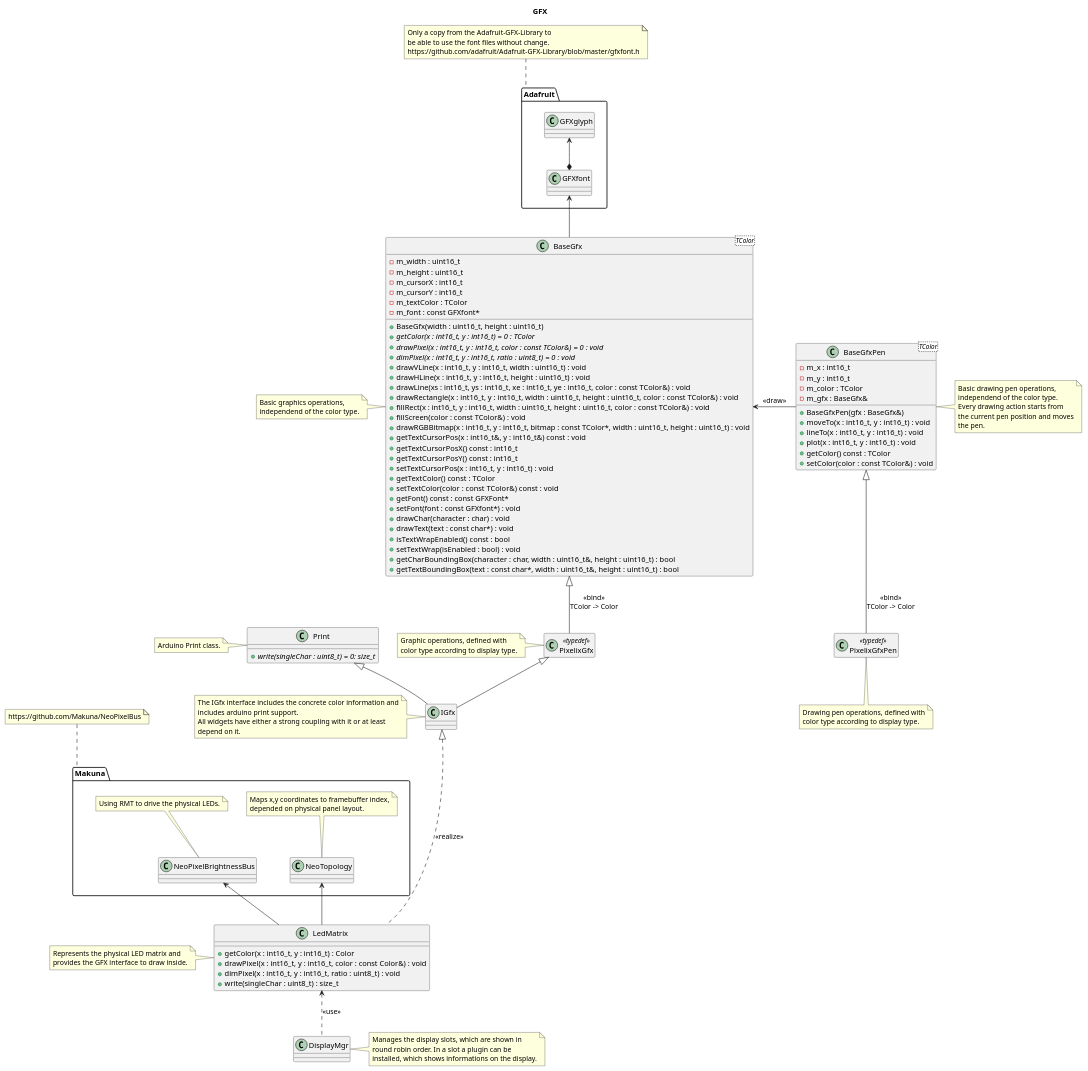
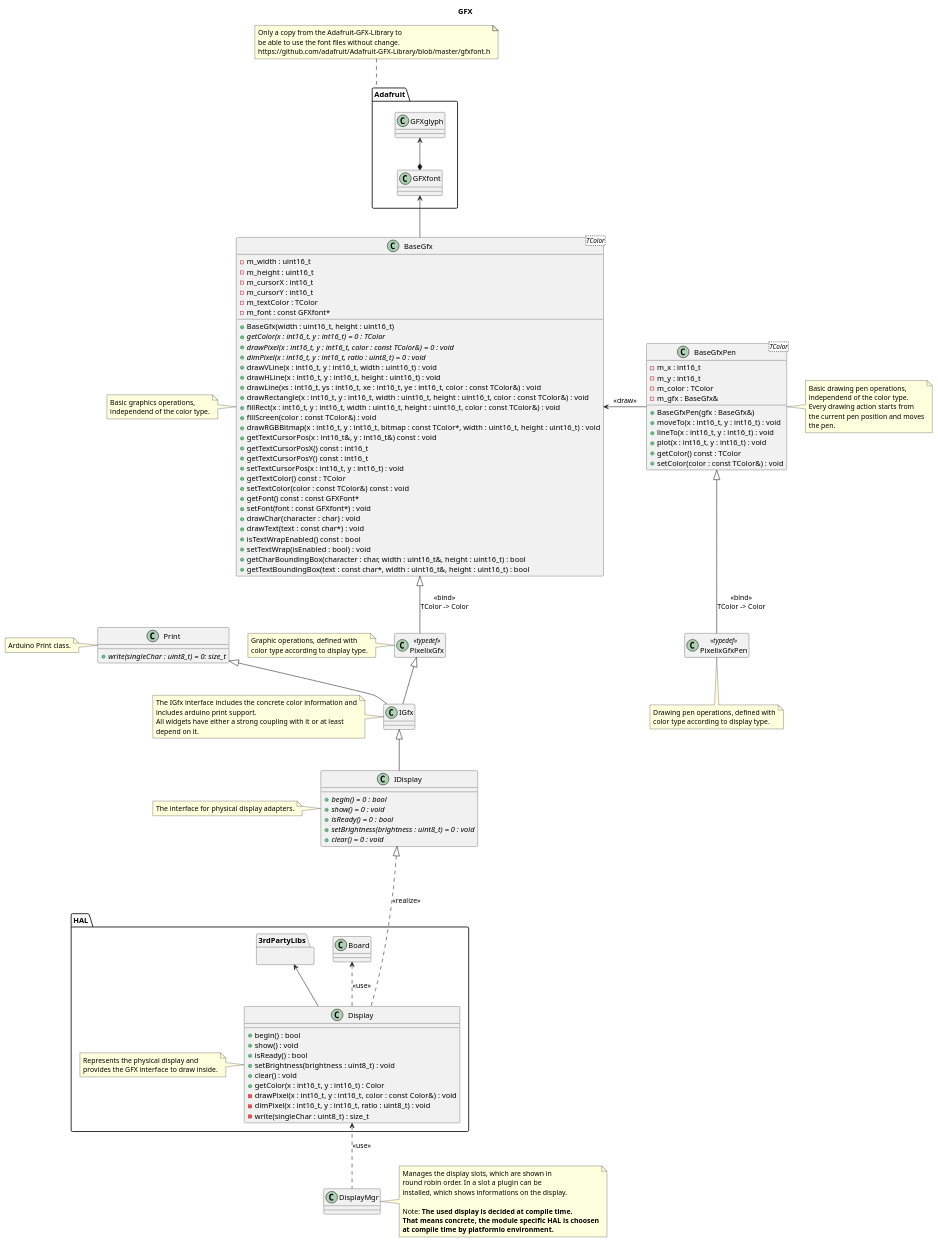
Before and after one commit to BlueAndi/Pixelix: the diagram in doc/design/gfx.plantuml, drawn with PlantUML.

Commit message:
New concept to support different HALs. #39

```diff
--- a/doc/design/gfx.plantuml
+++ b/doc/design/gfx.plantuml
@@ -1,169 +1,181 @@
 @startuml
 
 title GFX
-
-package "Makuna" {
-    class "NeoPixelBrightnessBus" as neoPixelBrightnessBus
-
-    note top of neoPixelBrightnessBus
-        Using RMT to drive the physical LEDs.
-    end note
-
-    class "NeoTopology" as neoTopology
-
-    note top of neoTopology
-        Maps x,y coordinates to framebuffer index,
-        depended on physical panel layout.
-    end note
-}
-
-note top of Makuna
-    https://github.com/Makuna/NeoPixelBus
-end note
 
 package "Adafruit" {
 
     class "GFXglyph" as gfxGlyph
     class "GFXfont" as gfxFont
 
     gfxGlyph <--* gfxFont
 }
 
 note top of Adafruit
     Only a copy from the Adafruit-GFX-Library to
     be able to use the font files without change.
     https://github.com/adafruit/Adafruit-GFX-Library/blob/master/gfxfont.h
 end note
 
 class "BaseGfx<TColor>" as baseGfx {
     - m_width : uint16_t
     - m_height : uint16_t
     - m_cursorX : int16_t
     - m_cursorY : int16_t
     - m_textColor : TColor
     - m_font : const GFXfont*
     + BaseGfx(width : uint16_t, height : uint16_t)
     + {abstract} getColor(x : int16_t, y : int16_t) = 0 : TColor
     + {abstract} drawPixel(x : int16_t, y : int16_t, color : const TColor&) = 0 : void
     + {abstract} dimPixel(x : int16_t, y : int16_t, ratio : uint8_t) = 0 : void
     + drawVLine(x : int16_t, y : int16_t, width : uint16_t) : void
     + drawHLine(x : int16_t, y : int16_t, height : uint16_t) : void
     + drawLine(xs : int16_t, ys : int16_t, xe : int16_t, ye : int16_t, color : const TColor&) : void
     + drawRectangle(x : int16_t, y : int16_t, width : uint16_t, height : uint16_t, color : const TColor&) : void
     + fillRect(x : int16_t, y : int16_t, width : uint16_t, height : uint16_t, color : const TColor&) : void
     + fillScreen(color : const TColor&) : void
     + drawRGBBitmap(x : int16_t, y : int16_t, bitmap : const TColor*, width : uint16_t, height : uint16_t) : void
     + getTextCursorPos(x : int16_t&, y : int16_t&) const : void
     + getTextCursorPosX() const : int16_t
     + getTextCursorPosY() const : int16_t
     + setTextCursorPos(x : int16_t, y : int16_t) : void
     + getTextColor() const : TColor
     + setTextColor(color : const TColor&) const : void
     + getFont() const : const GFXFont*
     + setFont(font : const GFXfont*) : void
     + drawChar(character : char) : void
     + drawText(text : const char*) : void
     + isTextWrapEnabled() const : bool
     + setTextWrap(isEnabled : bool) : void
     + getCharBoundingBox(character : char, width : uint16_t&, height : uint16_t) : bool
     + getTextBoundingBox(text : const char*, width : uint16_t&, height : uint16_t) : bool
 }
 
 note left of baseGfx
     Basic graphics operations,
     independend of the color type.
 end note
 
 gfxFont <-- baseGfx
 
 class "BaseGfxPen<TColor>" as baseGfxPen {
     - m_x : int16_t
     - m_y : int16_t
     - m_color : TColor
     - m_gfx : BaseGfx&
     + BaseGfxPen(gfx : BaseGfx&)
     + moveTo(x : int16_t, y : int16_t) : void
     + lineTo(x : int16_t, y : int16_t) : void
     + plot(x : int16_t, y : int16_t) : void
     + getColor() const : TColor
     + setColor(color : const TColor&) : void
 }
 
 note right of baseGfxPen
     Basic drawing pen operations,
     independend of the color type.
     Every drawing action starts from
     the current pen position and moves
     the pen.
 end note
 
 baseGfx <- baseGfxPen: <<draw>>
 
 class PixelixGfx <<typedef>>
 hide PixelixGfx members
 
 note left of PixelixGfx
     Graphic operations, defined with
     color type according to display type.
 end note
 
 baseGfx <|-- PixelixGfx: <<bind>>\nTColor -> Color
 
 class PixelixGfxPen <<typedef>>
 hide PixelixGfxPen members
 
 note bottom of PixelixGfxPen
     Drawing pen operations, defined with
     color type according to display type.
 end note
 
 baseGfxPen <|-- PixelixGfxPen: <<bind>>\nTColor -> Color
 
 class "Print" as print {
     +{abstract} write(singleChar : uint8_t) = 0: size_t
 }
 
 note left of print
     Arduino Print class.
 end note
 
-class "IGfx" as igfx {
+class "IGfx" as iGfx {
 }
 
-note left of igfx
+note left of iGfx
     The IGfx interface includes the concrete color information and
     includes arduino print support.
     All widgets have either a strong coupling with it or at least
     depend on it.
 end note
 
-PixelixGfx <|-- igfx
-print <|-- igfx
+PixelixGfx <|-- iGfx
+print <|-- iGfx
 
-class "LedMatrix" as ledMatrix {
-    + getColor(x : int16_t, y : int16_t) : Color
-    + drawPixel(x : int16_t, y : int16_t, color : const Color&) : void
-    + dimPixel(x : int16_t, y : int16_t, ratio : uint8_t) : void
-    + write(singleChar : uint8_t) : size_t
+class "IDisplay" as iDisplay {
+    + {abstract} begin() = 0 : bool
+    + {abstract} show() = 0 : void
+    + {abstract} isReady() = 0 : bool
+    + {abstract} setBrightness(brightness : uint8_t) = 0 : void
+    + {abstract} clear() = 0 : void
 }
 
-note left of ledMatrix
-    Represents the physical LED matrix and
-    provides the GFX interface to draw inside.
+note left of iDisplay
+    The interface for physical display adapters.
 end note
 
-igfx <|.... ledMatrix: <<realize>>
-neoPixelBrightnessBus <-- ledMatrix
-neoTopology <-- ledMatrix
+iGfx <|-- iDisplay
+
+package "HAL" {
+
+    class "Board" as board
+
+    package "3rdPartyLibs" as 3rdPartyLibs {
+    }
+
+    class "Display" as display {
+        + begin() : bool
+        + show() : void
+        + isReady() : bool
+        + setBrightness(brightness : uint8_t) : void
+        + clear() : void
+        + getColor(x : int16_t, y : int16_t) : Color
+        - drawPixel(x : int16_t, y : int16_t, color : const Color&) : void
+        - dimPixel(x : int16_t, y : int16_t, ratio : uint8_t) : void
+        - write(singleChar : uint8_t) : size_t
+    }
+
+    note left of display
+        Represents the physical display and
+        provides the GFX interface to draw inside.
+    end note
+
+    iDisplay <|.... display: <<realize>>
+    3rdPartyLibs <-- display
+    board <.. display: <<use>>
+}
 
 class "DisplayMgr" as displayMgr
 
 note right of displayMgr
     Manages the display slots, which are shown in
     round robin order. In a slot a plugin can be
     installed, which shows informations on the display.
+
+    Note: **The used display is decided at compile time.**
+    **That means concrete, the module specific HAL is choosen**
+    **at compile time by platformio environment.**
 end note
 
-ledMatrix <.. displayMgr: <<use>>
+display <.. displayMgr: <<use>>
 
 @enduml
```
